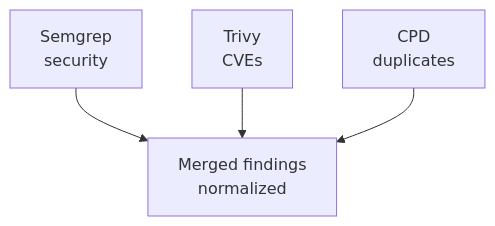
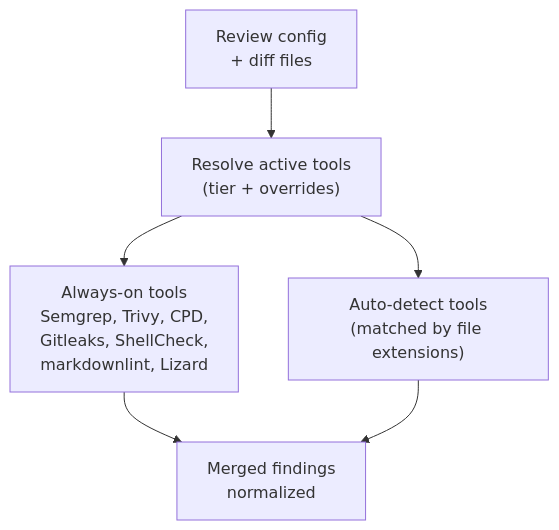
Before and after one commit to actions-marketplace-validations/JNZader_ghagga: the diagram in docs/static-analysis.md, drawn with Mermaid. The commit also changed other lines of this file and 9 other files, not shown here.

````diff
--- a/docs/static-analysis.md
+++ b/docs/static-analysis.md
@@ -17,6 +54,8 @@
 ```mermaid
 flowchart TB
-  Semgrep["Semgrep<br/>security"] --> Merge["Merged findings<br/>normalized"]
-  Trivy["Trivy<br/>CVEs"] --> Merge
-  CPD["CPD<br/>duplicates"] --> Merge
+  Config["Review config<br/>+ diff files"] --> Resolve["Resolve active tools<br/>(tier + overrides)"]
+  Resolve --> AlwaysOn["Always-on tools<br/>Semgrep, Trivy, CPD,<br/>Gitleaks, ShellCheck,<br/>markdownlint, Lizard"]
+  Resolve --> AutoDetect["Auto-detect tools<br/>(matched by file extensions)"]
+  AlwaysOn --> Merge["Merged findings<br/>normalized"]
+  AutoDetect --> Merge
 ```
````
